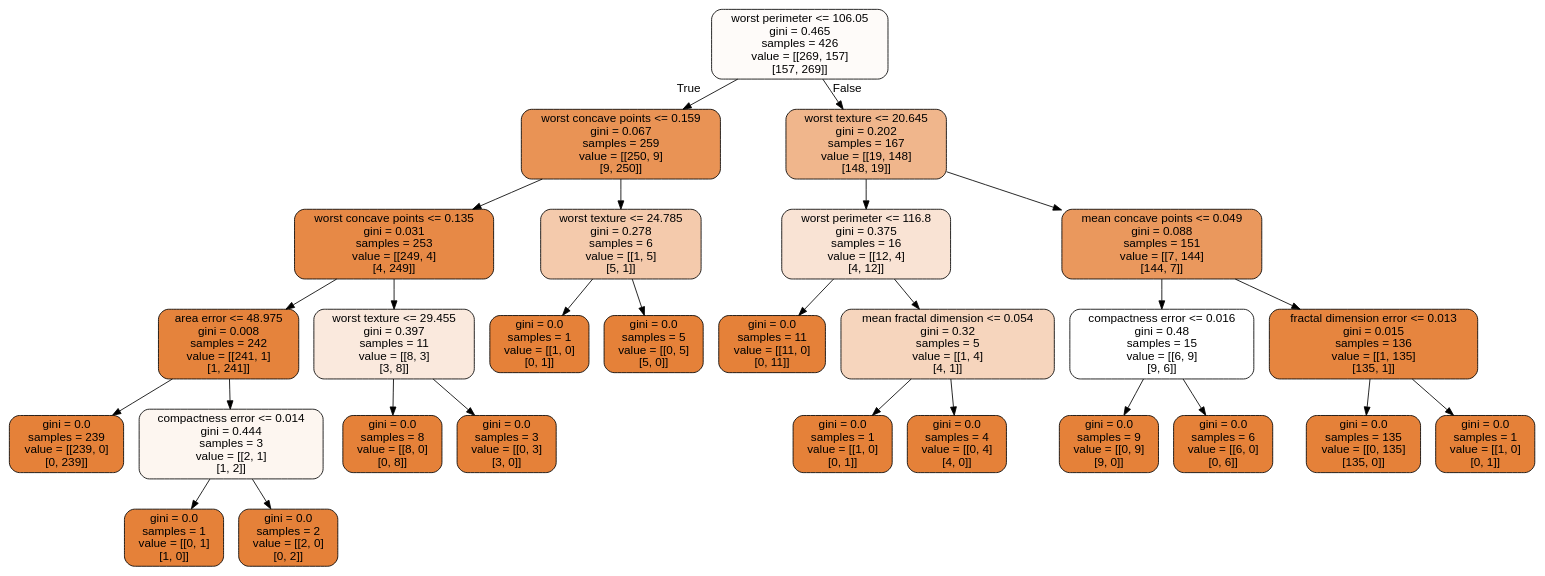
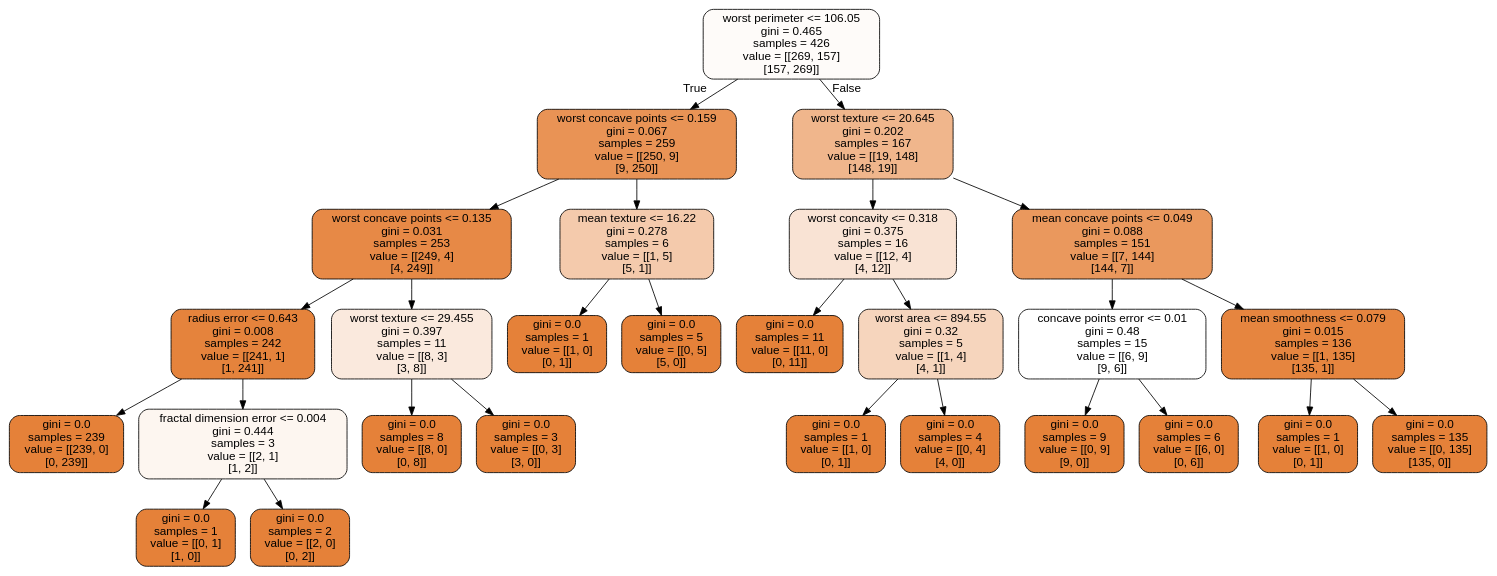
One commit to NuclearTalent/MachineLearningECT changed the diagram in doc/pub/Day3/ipynb/DataFiles/cancer.dot. Above: the diagram before and after it, drawn with Graphviz. The commit also changed 2 other files, not shown here.

```diff
--- a/doc/pub/Day3/ipynb/DataFiles/cancer.dot
+++ b/doc/pub/Day3/ipynb/DataFiles/cancer.dot
@@ -1,57 +1,57 @@
 digraph Tree {
 node [shape=box, style="filled, rounded", color="black", fontname=helvetica] ;
 edge [fontname=helvetica] ;
 0 [label="worst perimeter <= 106.05\ngini = 0.465\nsamples = 426\nvalue = [[269, 157]\n[157, 269]]", fillcolor="#fefbf9"] ;
 1 [label="worst concave points <= 0.159\ngini = 0.067\nsamples = 259\nvalue = [[250, 9]\n[9, 250]]", fillcolor="#e99355"] ;
 0 -> 1 [labeldistance=2.5, labelangle=45, headlabel="True"] ;
 2 [label="worst concave points <= 0.135\ngini = 0.031\nsamples = 253\nvalue = [[249, 4]\n[4, 249]]", fillcolor="#e78946"] ;
 1 -> 2 ;
-3 [label="area error <= 48.975\ngini = 0.008\nsamples = 242\nvalue = [[241, 1]\n[1, 241]]", fillcolor="#e5833c"] ;
+3 [label="radius error <= 0.643\ngini = 0.008\nsamples = 242\nvalue = [[241, 1]\n[1, 241]]", fillcolor="#e5833c"] ;
 2 -> 3 ;
 4 [label="gini = 0.0\nsamples = 239\nvalue = [[239, 0]\n[0, 239]]", fillcolor="#e58139"] ;
 3 -> 4 ;
-5 [label="compactness error <= 0.014\ngini = 0.444\nsamples = 3\nvalue = [[2, 1]\n[1, 2]]", fillcolor="#fdf6f0"] ;
+5 [label="fractal dimension error <= 0.004\ngini = 0.444\nsamples = 3\nvalue = [[2, 1]\n[1, 2]]", fillcolor="#fdf6f0"] ;
 3 -> 5 ;
 6 [label="gini = 0.0\nsamples = 1\nvalue = [[0, 1]\n[1, 0]]", fillcolor="#e58139"] ;
 5 -> 6 ;
 7 [label="gini = 0.0\nsamples = 2\nvalue = [[2, 0]\n[0, 2]]", fillcolor="#e58139"] ;
 5 -> 7 ;
 8 [label="worst texture <= 29.455\ngini = 0.397\nsamples = 11\nvalue = [[8, 3]\n[3, 8]]", fillcolor="#fae9dd"] ;
 2 -> 8 ;
 9 [label="gini = 0.0\nsamples = 8\nvalue = [[8, 0]\n[0, 8]]", fillcolor="#e58139"] ;
 8 -> 9 ;
 10 [label="gini = 0.0\nsamples = 3\nvalue = [[0, 3]\n[3, 0]]", fillcolor="#e58139"] ;
 8 -> 10 ;
-11 [label="worst texture <= 24.785\ngini = 0.278\nsamples = 6\nvalue = [[1, 5]\n[5, 1]]", fillcolor="#f4caac"] ;
+11 [label="mean texture <= 16.22\ngini = 0.278\nsamples = 6\nvalue = [[1, 5]\n[5, 1]]", fillcolor="#f4caac"] ;
 1 -> 11 ;
 12 [label="gini = 0.0\nsamples = 1\nvalue = [[1, 0]\n[0, 1]]", fillcolor="#e58139"] ;
 11 -> 12 ;
 13 [label="gini = 0.0\nsamples = 5\nvalue = [[0, 5]\n[5, 0]]", fillcolor="#e58139"] ;
 11 -> 13 ;
 14 [label="worst texture <= 20.645\ngini = 0.202\nsamples = 167\nvalue = [[19, 148]\n[148, 19]]", fillcolor="#f0b68c"] ;
 0 -> 14 [labeldistance=2.5, labelangle=-45, headlabel="False"] ;
-15 [label="worst perimeter <= 116.8\ngini = 0.375\nsamples = 16\nvalue = [[12, 4]\n[4, 12]]", fillcolor="#f9e3d4"] ;
+15 [label="worst concavity <= 0.318\ngini = 0.375\nsamples = 16\nvalue = [[12, 4]\n[4, 12]]", fillcolor="#f9e3d4"] ;
 14 -> 15 ;
 16 [label="gini = 0.0\nsamples = 11\nvalue = [[11, 0]\n[0, 11]]", fillcolor="#e58139"] ;
 15 -> 16 ;
-17 [label="mean fractal dimension <= 0.054\ngini = 0.32\nsamples = 5\nvalue = [[1, 4]\n[4, 1]]", fillcolor="#f6d5bd"] ;
+17 [label="worst area <= 894.55\ngini = 0.32\nsamples = 5\nvalue = [[1, 4]\n[4, 1]]", fillcolor="#f6d5bd"] ;
 15 -> 17 ;
 18 [label="gini = 0.0\nsamples = 1\nvalue = [[1, 0]\n[0, 1]]", fillcolor="#e58139"] ;
 17 -> 18 ;
 19 [label="gini = 0.0\nsamples = 4\nvalue = [[0, 4]\n[4, 0]]", fillcolor="#e58139"] ;
 17 -> 19 ;
 20 [label="mean concave points <= 0.049\ngini = 0.088\nsamples = 151\nvalue = [[7, 144]\n[144, 7]]", fillcolor="#ea985d"] ;
 14 -> 20 ;
-21 [label="compactness error <= 0.016\ngini = 0.48\nsamples = 15\nvalue = [[6, 9]\n[9, 6]]", fillcolor="#ffffff"] ;
+21 [label="concave points error <= 0.01\ngini = 0.48\nsamples = 15\nvalue = [[6, 9]\n[9, 6]]", fillcolor="#ffffff"] ;
 20 -> 21 ;
 22 [label="gini = 0.0\nsamples = 9\nvalue = [[0, 9]\n[9, 0]]", fillcolor="#e58139"] ;
 21 -> 22 ;
 23 [label="gini = 0.0\nsamples = 6\nvalue = [[6, 0]\n[0, 6]]", fillcolor="#e58139"] ;
 21 -> 23 ;
-24 [label="fractal dimension error <= 0.013\ngini = 0.015\nsamples = 136\nvalue = [[1, 135]\n[135, 1]]", fillcolor="#e6853f"] ;
+24 [label="mean smoothness <= 0.079\ngini = 0.015\nsamples = 136\nvalue = [[1, 135]\n[135, 1]]", fillcolor="#e6853f"] ;
 20 -> 24 ;
-25 [label="gini = 0.0\nsamples = 135\nvalue = [[0, 135]\n[135, 0]]", fillcolor="#e58139"] ;
+25 [label="gini = 0.0\nsamples = 1\nvalue = [[1, 0]\n[0, 1]]", fillcolor="#e58139"] ;
 24 -> 25 ;
-26 [label="gini = 0.0\nsamples = 1\nvalue = [[1, 0]\n[0, 1]]", fillcolor="#e58139"] ;
+26 [label="gini = 0.0\nsamples = 135\nvalue = [[0, 135]\n[135, 0]]", fillcolor="#e58139"] ;
 24 -> 26 ;
 }
```
